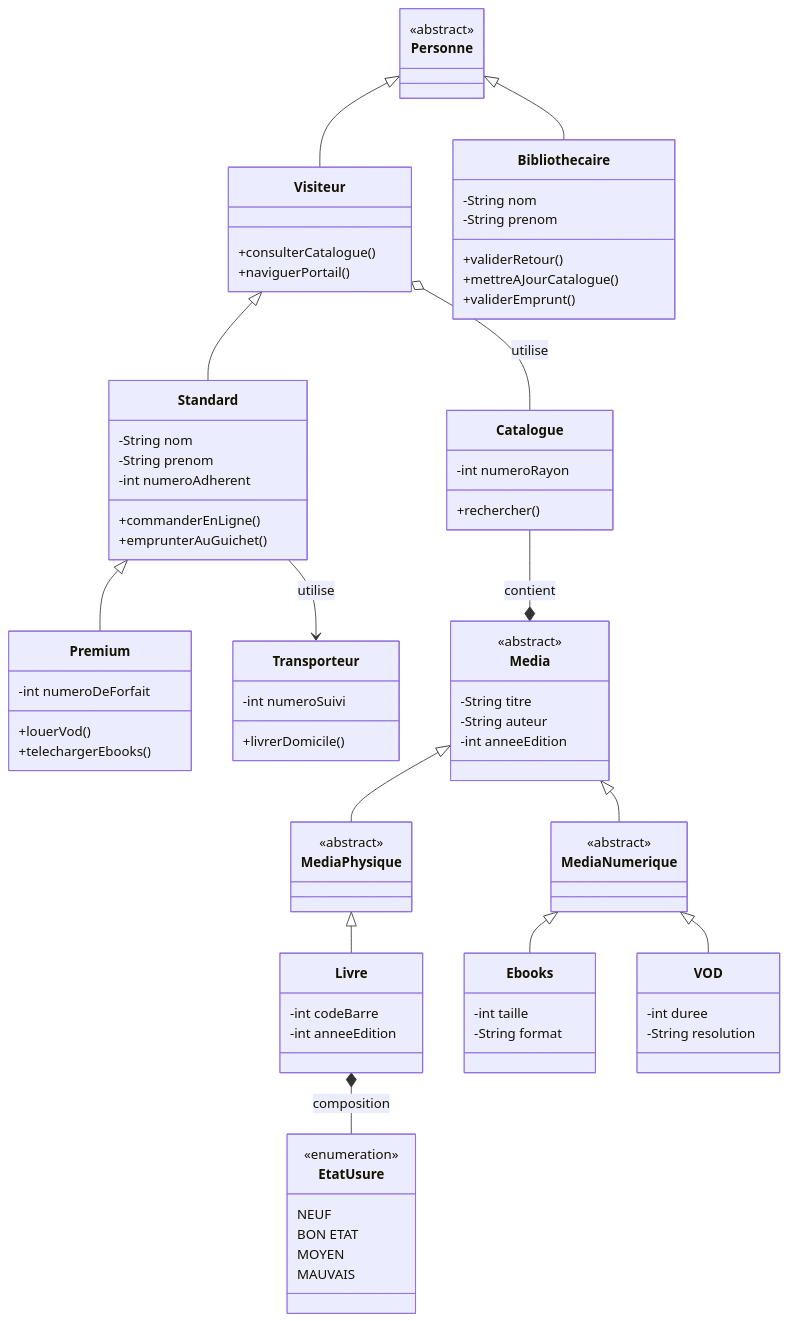
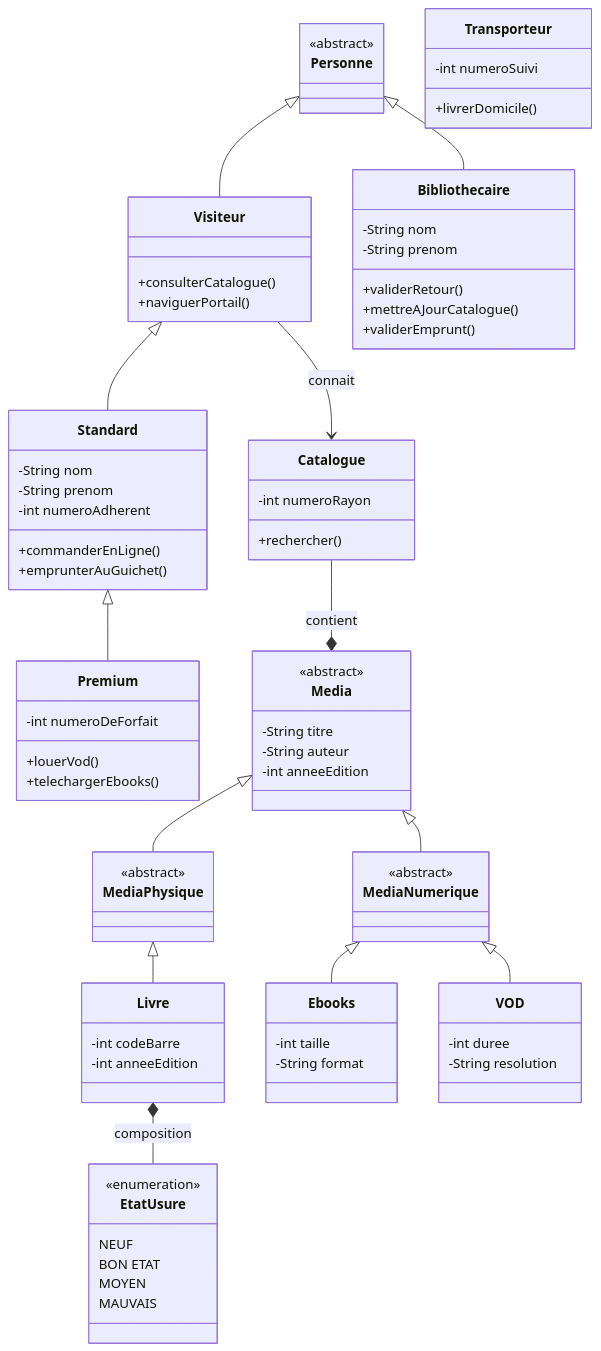
Before and after one commit to OraneM99/omniLib: the second of 3 diagrams in README.md, drawn with Mermaid. The commit also changed other lines of this file and 4 other files, not shown here.

Commit message:
diagram d'activités 2

````diff
--- a/README.md
+++ b/README.md
@@ -155,10 +155,9 @@
 +livrerDomicile()
 }
 
-Visiteur o-- Catalogue : utilise
+Visiteur --> Catalogue : connait
 Livre *-- EtatUsure : composition
 Catalogue --* Media : contient
-Standard --> Transporteur : utilise
 
 
 ```
````
